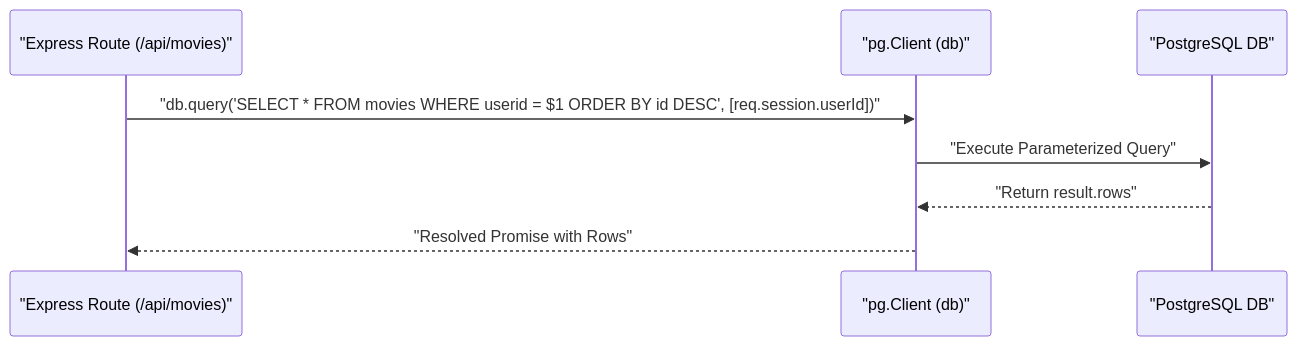
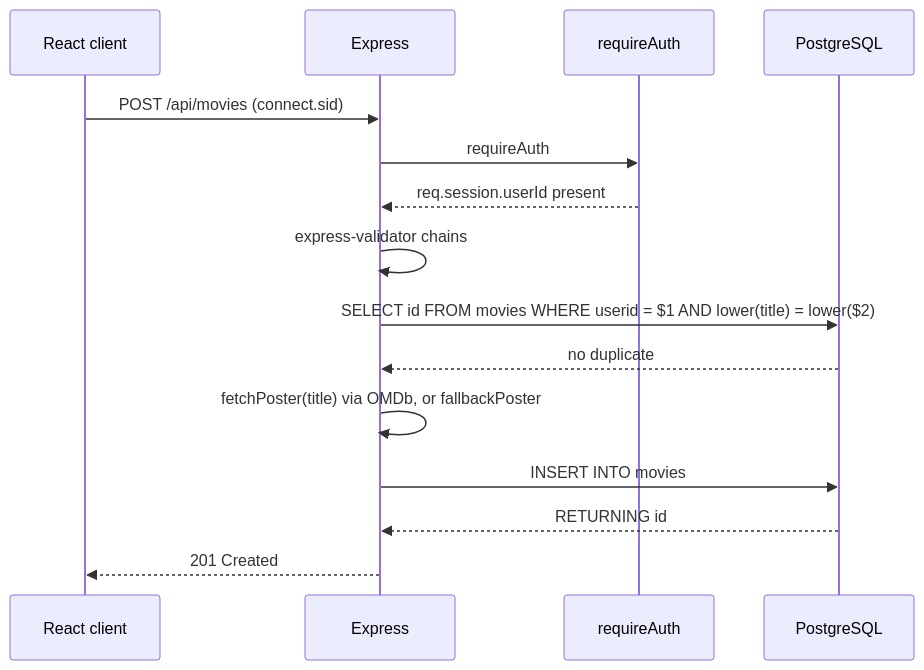
One commit to rhythm162k/my_movie_diary changed the second of 7 diagrams in README.md. Above: the diagram before and after it, drawn with Mermaid. The commit also changed other lines of this file, not shown here.

````diff
--- a/README.md
+++ b/README.md
@@ -766,10 +112,18 @@
 ```mermaid
 sequenceDiagram
-    participant Express as "Express Route (/api/movies)"
-    participant PG as "pg.Client (db)"
-    participant DB as "PostgreSQL DB"
-    Express->>PG: "db.query('SELECT * FROM movies WHERE userid = $1 ORDER BY id DESC', [req.session.userId])"
-    PG->>DB: "Execute Parameterized Query"
-    DB-->>PG: "Return result.rows"
-    PG-->>Express: "Resolved Promise with Rows"
+    participant Browser as React client
+    participant API as Express
+    participant Auth as requireAuth
+    participant DB as PostgreSQL
+
+    Browser->>API: POST /api/movies (connect.sid)
+    API->>Auth: requireAuth
+    Auth-->>API: req.session.userId present
+    API->>API: express-validator chains
+    API->>DB: SELECT id FROM movies WHERE userid = $1 AND lower(title) = lower($2)
+    DB-->>API: no duplicate
+    API->>API: fetchPoster(title) via OMDb, or fallbackPoster
+    API->>DB: INSERT INTO movies
+    DB-->>API: RETURNING id
+    API-->>Browser: 201 Created
 ```
````
